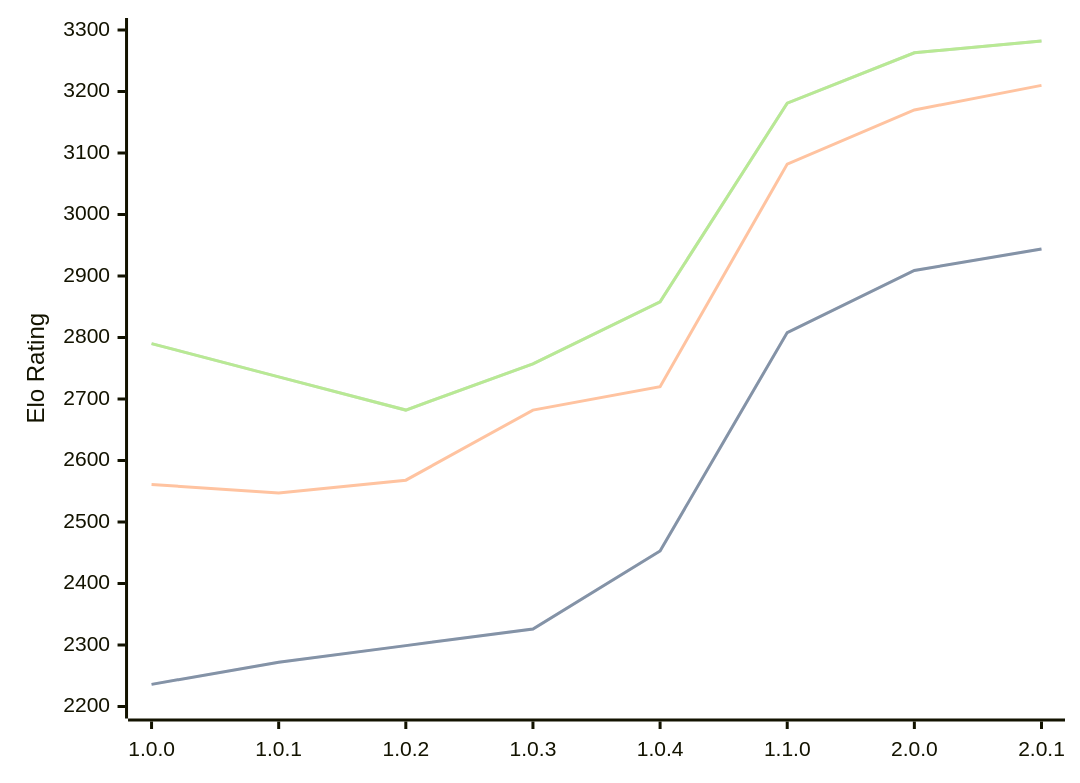
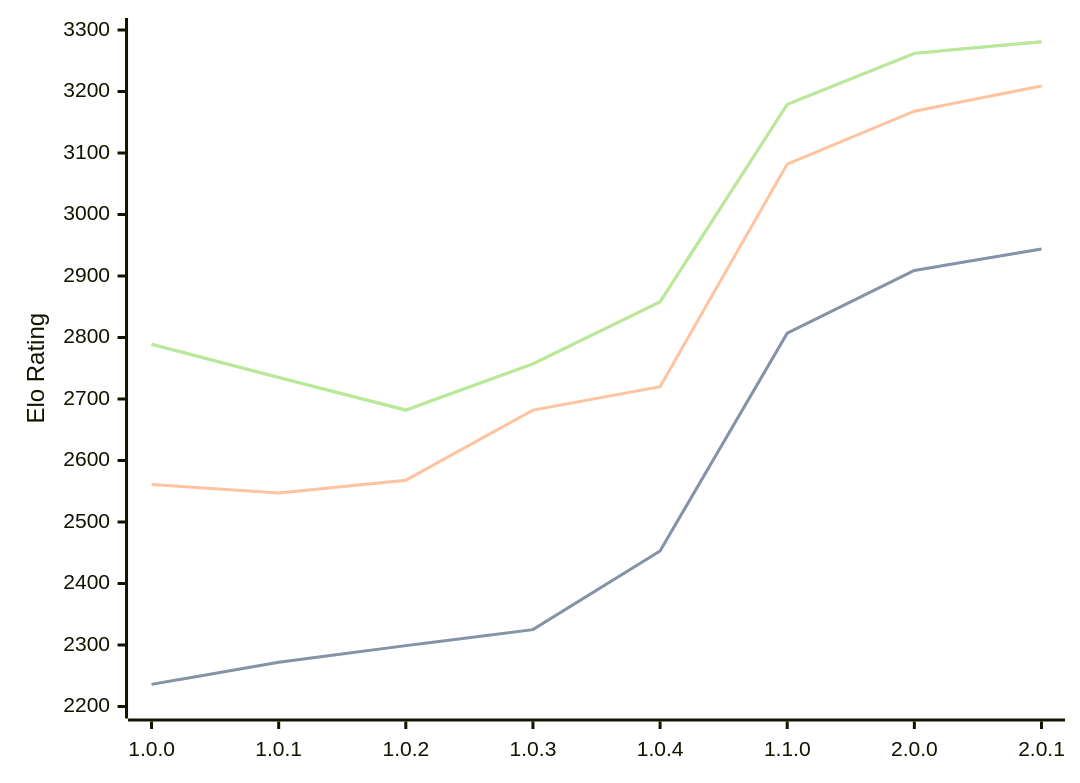
The diagram in engines/Grail.md (computer-chess-index/cci), drawn with Mermaid before and after one commit. The commit also changed other lines of this file, not shown here.

Commit message:
Update CCI Ratings (ELO VLTC) - 2026-09-11

````diff
--- a/engines/Grail.md
+++ b/engines/Grail.md
@@ -38,11 +38,11 @@
 ```mermaid
 %%{init: {"theme":"base","themeVariables":{"seriesColors:['#a3a3a3','#222221','#faa371']}}}%%
 xychart-beta
   x-axis ["1.0.0", "1.0.1", "1.0.2", "1.0.3", "1.0.4", "1.1.0", "2.0.0", "2.0.1"]
   y-axis "Elo Rating" 2200 --> 3300
-  line "" [2236, 2272, 2299, 2326, 2453, 2808, 2909, 2944]
-  line "STC (8.0+0.08s)" [2236, 2272, 2299, 2326, 2453, 2808, 2909, 2944]
-  line "LTC (60.0+0.60s)" [2561, 2547, 2568, 2682, 2720, 3082, 3170, 3210]
-  line "" [2790, 2736, 2682, 2757, 2858, 3181, 3263, 3282]
-  line "VLTC (2m24s+1.12s)" [2790, 2736, 2682, 2757, 2858, 3181, 3263, 3282]
+  line "" [2236, 2272, 2299, 2325, 2453, 2807, 2909, 2944]
+  line "STC (8.0+0.08s)" [2236, 2272, 2299, 2325, 2453, 2807, 2909, 2944]
+  line "LTC (60.0+0.60s)" [2561, 2547, 2568, 2682, 2720, 3082, 3168, 3209]
+  line "" [2789, 2735, 2682, 2757, 2858, 3179, 3262, 3281]
+  line "VLTC (2m24s+1.12s)" [2789, 2735, 2682, 2757, 2858, 3179, 3262, 3281]
 ```
````
